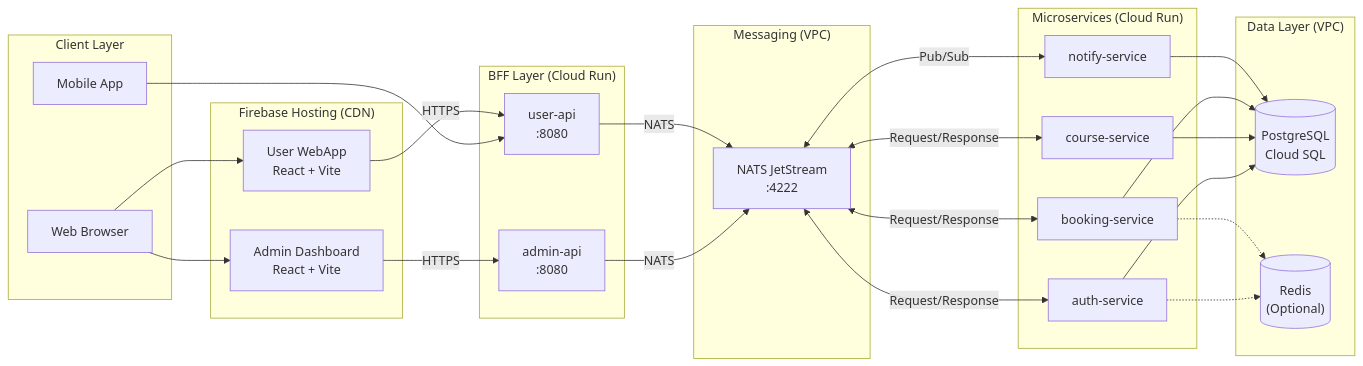
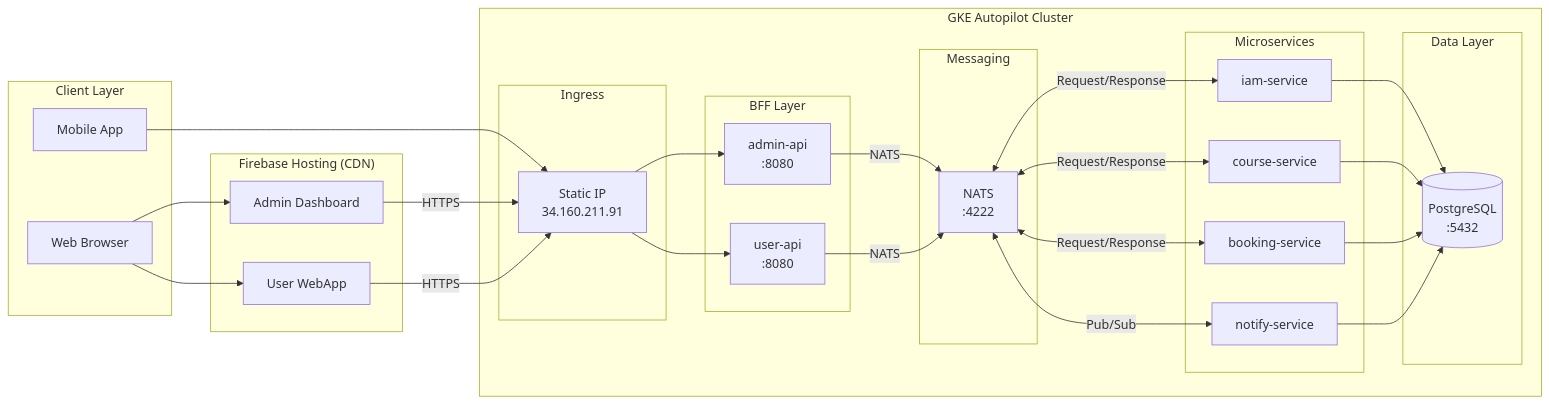
Before and after one commit to uniyous/parkgolf-platform: the second of 2 diagrams in docs/GCP_INFRASTRUCTURE.md, drawn with Mermaid. The commit also changed other lines of this file and 2 other files, not shown here.

First line of the commit message:
docs: GKE Autopilot 환경으로 문서 업데이트

````diff
--- a/docs/GCP_INFRASTRUCTURE.md
+++ b/docs/GCP_INFRASTRUCTURE.md
@@ -101,56 +90,61 @@
 ```mermaid
 flowchart LR
     subgraph CLIENT["Client Layer"]
         WEB["Web Browser"]
         MOBILE["Mobile App"]
     end
 
     subgraph HOSTING["Firebase Hosting (CDN)"]
-        ADMIN_UI["Admin Dashboard<br/>React + Vite"]
-        USER_UI["User WebApp<br/>React + Vite"]
+        ADMIN_UI["Admin Dashboard"]
+        USER_UI["User WebApp"]
     end
 
-    subgraph BFF["BFF Layer (Cloud Run)"]
-        ADMIN_API["admin-api<br/>:8080"]
-        USER_API["user-api<br/>:8080"]
-    end
+    subgraph GKE["GKE Autopilot Cluster"]
+        subgraph INGRESS["Ingress"]
+            ING["Static IP<br/>34.160.211.91"]
+        end
 
-    subgraph SERVICES["Microservices (Cloud Run)"]
-        AUTH["auth-service"]
-        COURSE["course-service"]
-        BOOKING["booking-service"]
-        NOTIFY["notify-service"]
-    end
+        subgraph BFF["BFF Layer"]
+            ADMIN_API["admin-api<br/>:8080"]
+            USER_API["user-api<br/>:8080"]
+        end
 
-    subgraph MESSAGING["Messaging (VPC)"]
-        NATS["NATS JetStream<br/>:4222"]
-    end
+        subgraph SERVICES["Microservices"]
+            IAM["iam-service"]
+            COURSE["course-service"]
+            BOOKING["booking-service"]
+            NOTIFY["notify-service"]
+        end
 
-    subgraph DATA["Data Layer (VPC)"]
-        SQL[("PostgreSQL<br/>Cloud SQL")]
-        REDIS[("Redis<br/>(Optional)")]
+        subgraph MESSAGING["Messaging"]
+            NATS["NATS<br/>:4222"]
+        end
+
+        subgraph DATA["Data Layer"]
+            SQL[("PostgreSQL<br/>:5432")]
+        end
     end
 
     WEB --> ADMIN_UI
     WEB --> USER_UI
-    MOBILE --> USER_API
+    MOBILE --> ING
 
-    ADMIN_UI -->|HTTPS| ADMIN_API
-    USER_UI -->|HTTPS| USER_API
+    ADMIN_UI -->|HTTPS| ING
+    USER_UI -->|HTTPS| ING
+
+    ING --> ADMIN_API
+    ING --> USER_API
 
     ADMIN_API -->|NATS| NATS
     USER_API -->|NATS| NATS
 
-    NATS <-->|Request/Response| AUTH
+    NATS <-->|Request/Response| IAM
     NATS <-->|Request/Response| COURSE
     NATS <-->|Request/Response| BOOKING
     NATS <-->|Pub/Sub| NOTIFY
 
-    AUTH --> SQL
+    IAM --> SQL
     COURSE --> SQL
     BOOKING --> SQL
     NOTIFY --> SQL
-
-    AUTH -.-> REDIS
-    BOOKING -.-> REDIS
 ```
````
